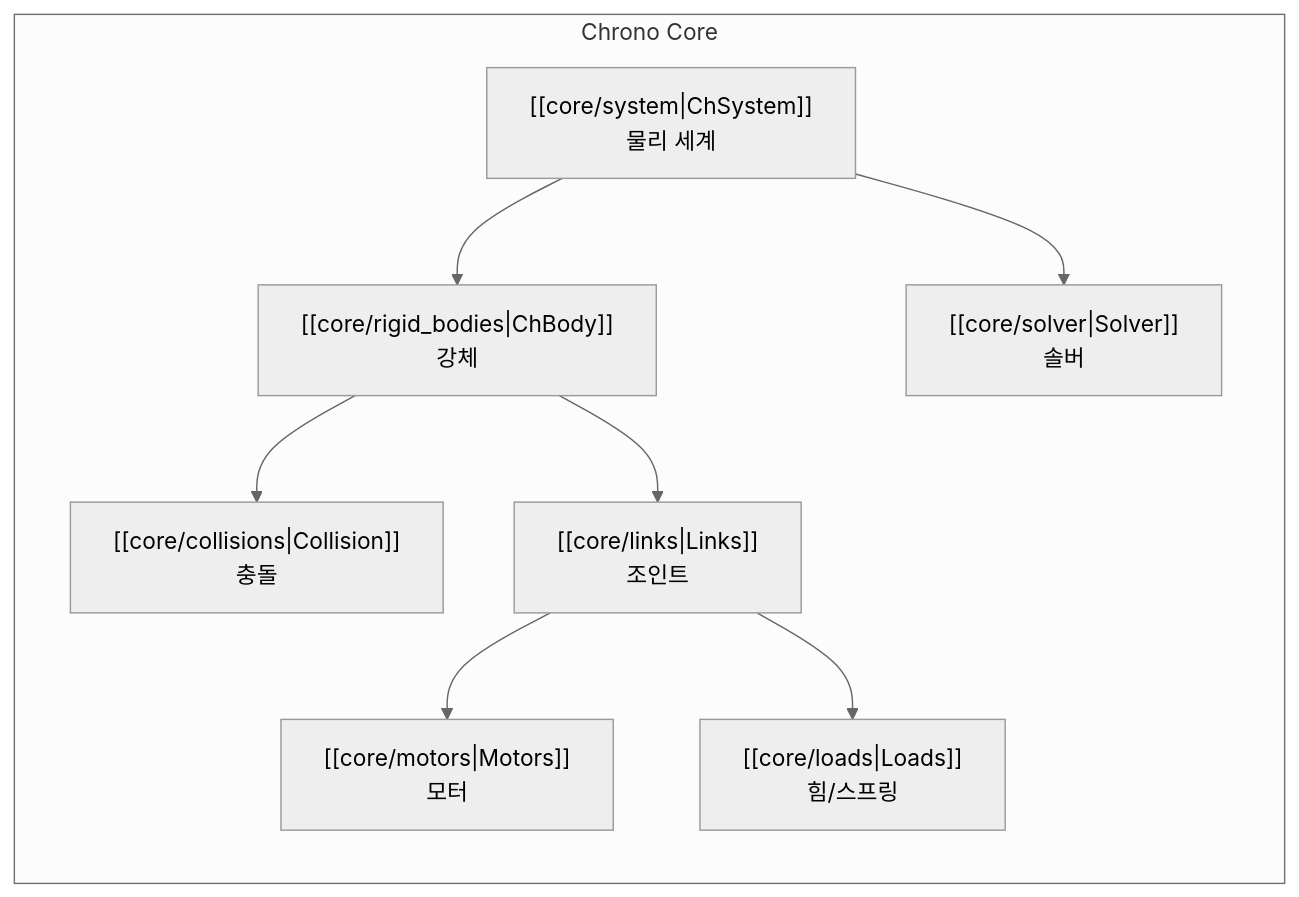
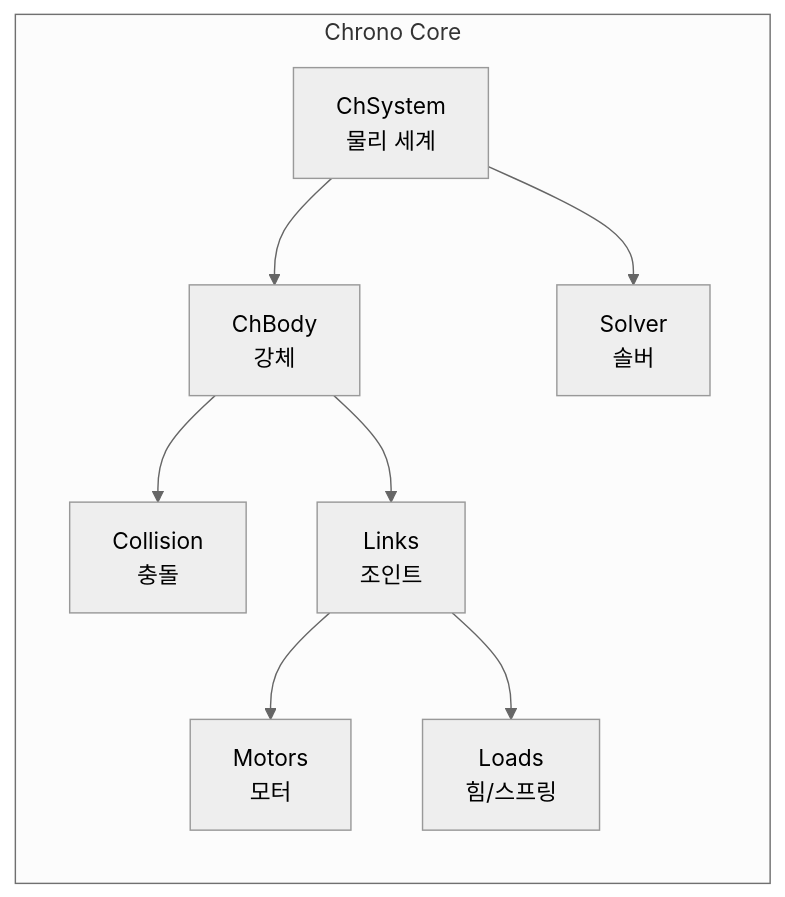
The second of 4 diagrams in docs/index.md (Poesy-Lab/Project_Chrono_Practice), drawn with Mermaid (neutral theme) before and after one commit. The commit also changed other lines of this file, not shown here.

Commit message:
Mermaid 블록 내 옵시디언 위키링크 제거 (렌더링 호환성)

````diff
--- a/docs/index.md
+++ b/docs/index.md
@@ -61,12 +61,12 @@
 ```mermaid
 flowchart LR
     subgraph core["Chrono Core"]
         direction TB
-        S["[[core/system|ChSystem]]<br/>물리 세계"] --> B["[[core/rigid_bodies|ChBody]]<br/>강체"]
-        B --> C["[[core/collisions|Collision]]<br/>충돌"]
-        B --> L["[[core/links|Links]]<br/>조인트"]
-        L --> M["[[core/motors|Motors]]<br/>모터"]
-        L --> F["[[core/loads|Loads]]<br/>힘/스프링"]
-        S --> SV["[[core/solver|Solver]]<br/>솔버"]
+        S["ChSystem<br/>물리 세계"] --> B["ChBody<br/>강체"]
+        B --> C["Collision<br/>충돌"]
+        B --> L["Links<br/>조인트"]
+        L --> M["Motors<br/>모터"]
+        L --> F["Loads<br/>힘/스프링"]
+        S --> SV["Solver<br/>솔버"]
     end
 ```
````
